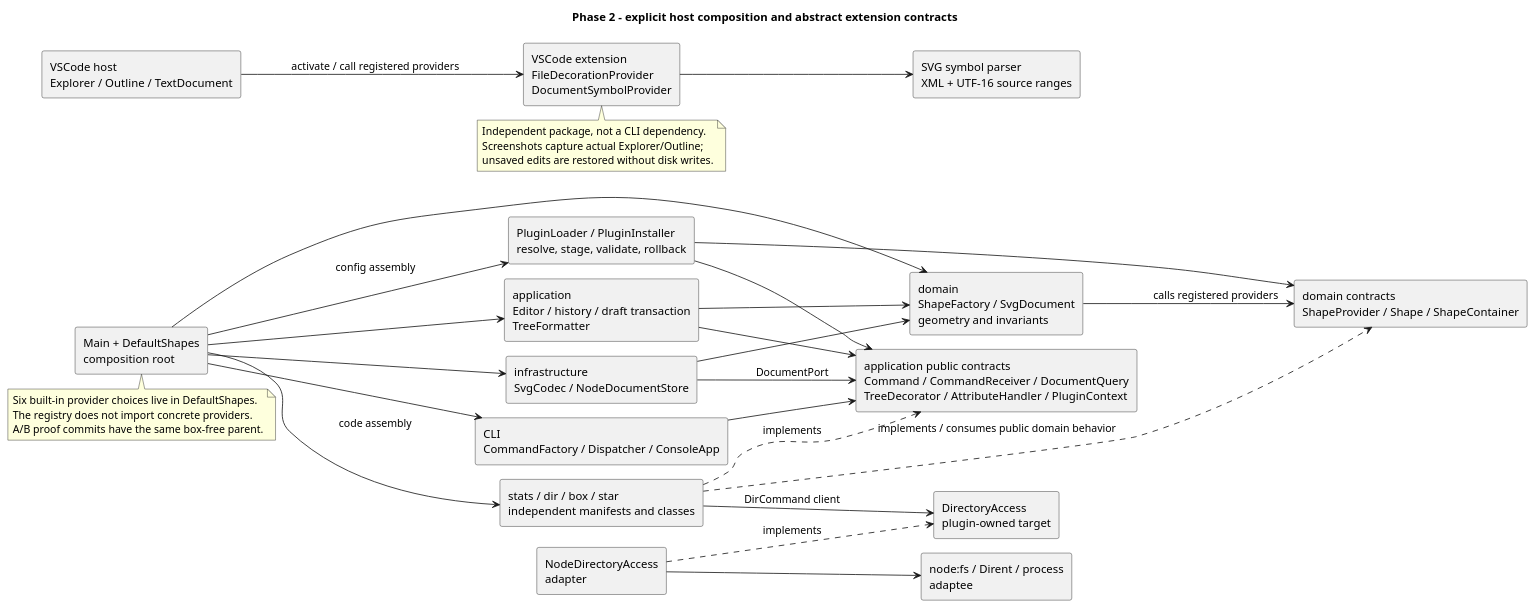
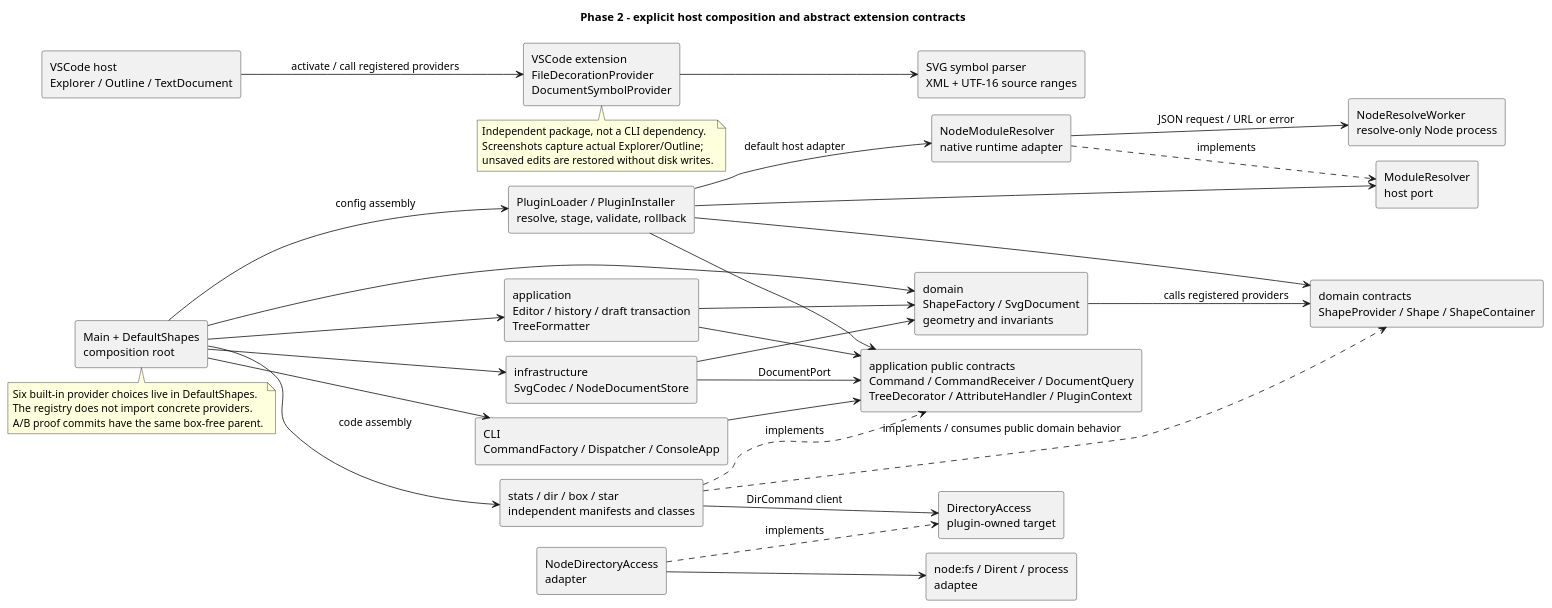
One commit to qingyvz/software-design-svg-editor changed the diagram in doc/architecture-after.puml. Above: the diagram before and after it, drawn with PlantUML. The commit also changed 14 other files, not shown here.

First line of the commit message:
fix(loader): delegate resolution to native Node

```diff
--- a/doc/architecture-after.puml
+++ b/doc/architecture-after.puml
@@ -1,53 +1,60 @@
 @startuml
 !pragma layout smetana
 skinparam componentStyle rectangle
 skinparam shadowing false
 left to right direction
 title Phase 2 - explicit host composition and abstract extension contracts
 component "Main + DefaultShapes\ncomposition root" as Host
 component "PluginLoader / PluginInstaller\nresolve, stage, validate, rollback" as Loader
+component "ModuleResolver\nhost port" as ModulePort
+component "NodeModuleResolver\nnative runtime adapter" as ModuleAdapter
+component "NodeResolveWorker\nresolve-only Node process" as ModuleWorker
 component "application public contracts\nCommand / CommandReceiver / DocumentQuery\nTreeDecorator / AttributeHandler / PluginContext" as Ports
 component "domain contracts\nShapeProvider / Shape / ShapeContainer" as ShapePorts
 component "application\nEditor / history / draft transaction\nTreeFormatter" as App
 component "domain\nShapeFactory / SvgDocument\ngeometry and invariants" as Domain
 component "CLI\nCommandFactory / Dispatcher / ConsoleApp" as CLI
 component "infrastructure\nSvgCodec / NodeDocumentStore" as Infra
 component "stats / dir / box / star\nindependent manifests and classes" as Plugins
 component "DirectoryAccess\nplugin-owned target" as DirPort
 component "NodeDirectoryAccess\nadapter" as DirAdapter
 component "node:fs / Dirent / process\nadaptee" as NodeFS
 component "VSCode extension\nFileDecorationProvider\nDocumentSymbolProvider" as VS
 component "VSCode host\nExplorer / Outline / TextDocument" as VSHost
 component "SVG symbol parser\nXML + UTF-16 source ranges" as Parser
 Host --> CLI
 Host --> App
 Host --> Domain
 Host --> Infra
 Host --> Plugins : code assembly
 Host --> Loader : config assembly
 Loader --> Ports
 Loader --> ShapePorts
+Loader --> ModulePort
+Loader --> ModuleAdapter : default host adapter
+ModuleAdapter ..> ModulePort : implements
+ModuleAdapter --> ModuleWorker : JSON request / URL or error
 CLI --> Ports
 App --> Ports
 App --> Domain
 Domain --> ShapePorts : calls registered providers
 Infra --> Domain
 Infra --> Ports : DocumentPort
 Plugins ..> Ports : implements
 Plugins ..> ShapePorts : implements / consumes public domain behavior
 Plugins --> DirPort : DirCommand client
 DirAdapter ..> DirPort : implements
 DirAdapter --> NodeFS
 VSHost --> VS : activate / call registered providers
 VS --> Parser
 note bottom of Host
 Six built-in provider choices live in DefaultShapes.
 The registry does not import concrete providers.
 A/B proof commits have the same box-free parent.
 end note
 note bottom of VS
 Independent package, not a CLI dependency.
 Screenshots capture actual Explorer/Outline;
 unsaved edits are restored without disk writes.
 end note
 @enduml
```
